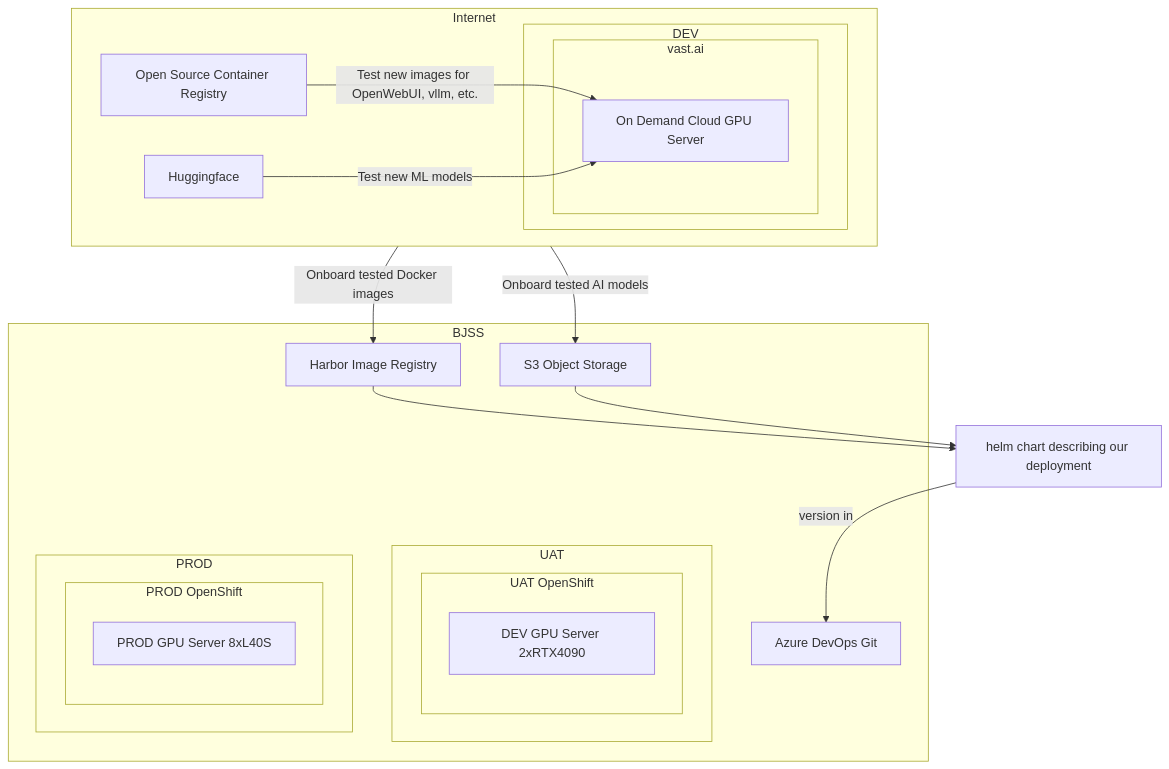
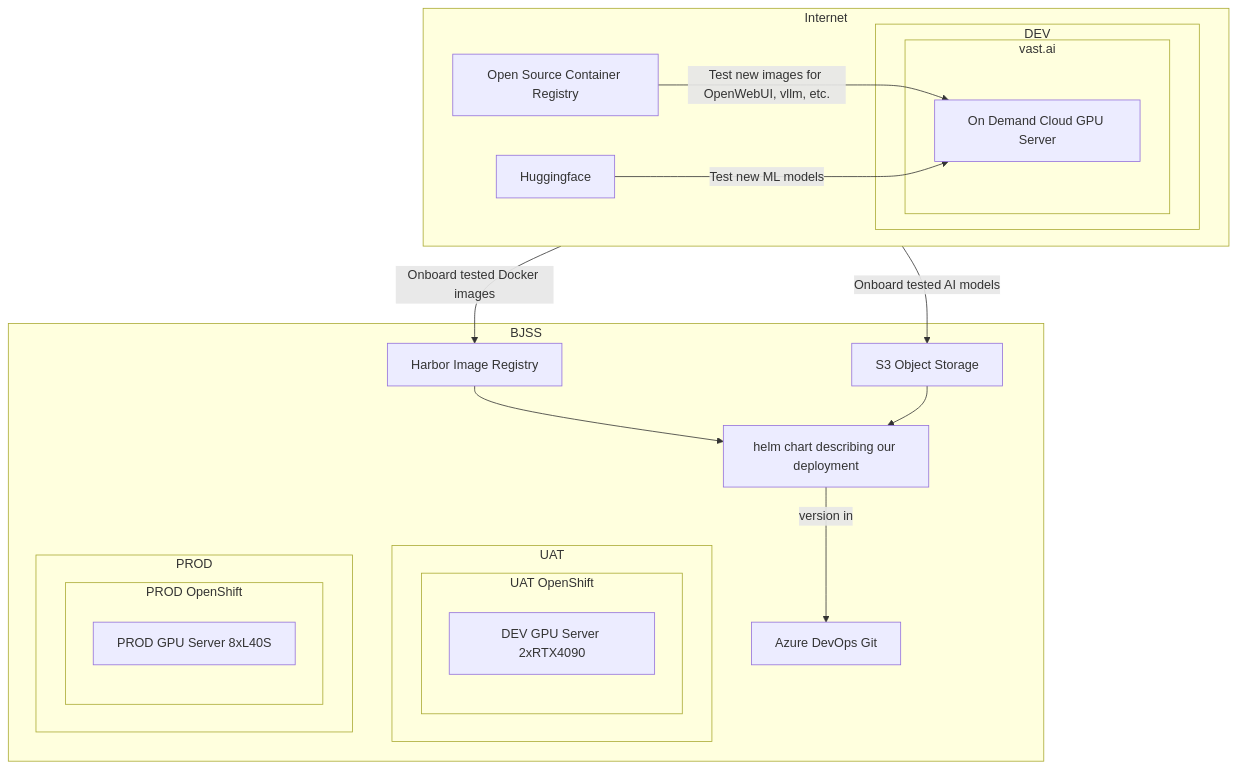
The second of 2 diagrams in README.md (tim-roethig/ai-platform), drawn with Mermaid before and after one commit.

````diff
--- a/README.md
+++ b/README.md
@@ -63,56 +63,57 @@
 ```mermaid
 graph TD
     A[Open Source Container Registry]
     HF[Huggingface]
     B[On Demand Cloud GPU Server]
     HELM[helm chart describing our deployment]
     C[Harbor Image Registry]
     D[Azure DevOps Git]
     S3[S3 Object Storage]
     E[DEV GPU Server 2xRTX4090]
     F[PROD GPU Server 8xL40S]
 
     subgraph VAST_AI[vast.ai]
         B
     end
     subgraph UAT_OC[UAT OpenShift]
         E
     end
     subgraph PROD_OC[PROD OpenShift]
         F
     end
 
     subgraph DEV[DEV]
         VAST_AI
     end
     subgraph UAT[UAT]
         UAT_OC
     end
     subgraph PROD[PROD]
         PROD_OC
     end
 
     subgraph BJSS[BJSS]
         C
         D
         S3
+        HELM
         UAT
         PROD
     end
 
     subgraph Internet[Internet]
         A
         HF
         DEV
     end
 
     A -- Test new images for OpenWebUI, vllm, etc. --> B
     HF -- Test new ML models --> B
 
     Internet -- Onboard tested Docker images --> C
     Internet -- Onboard tested AI models --> S3
 
     HELM -- version in --> D
     C --> HELM
     S3 --> HELM
 ```
````
